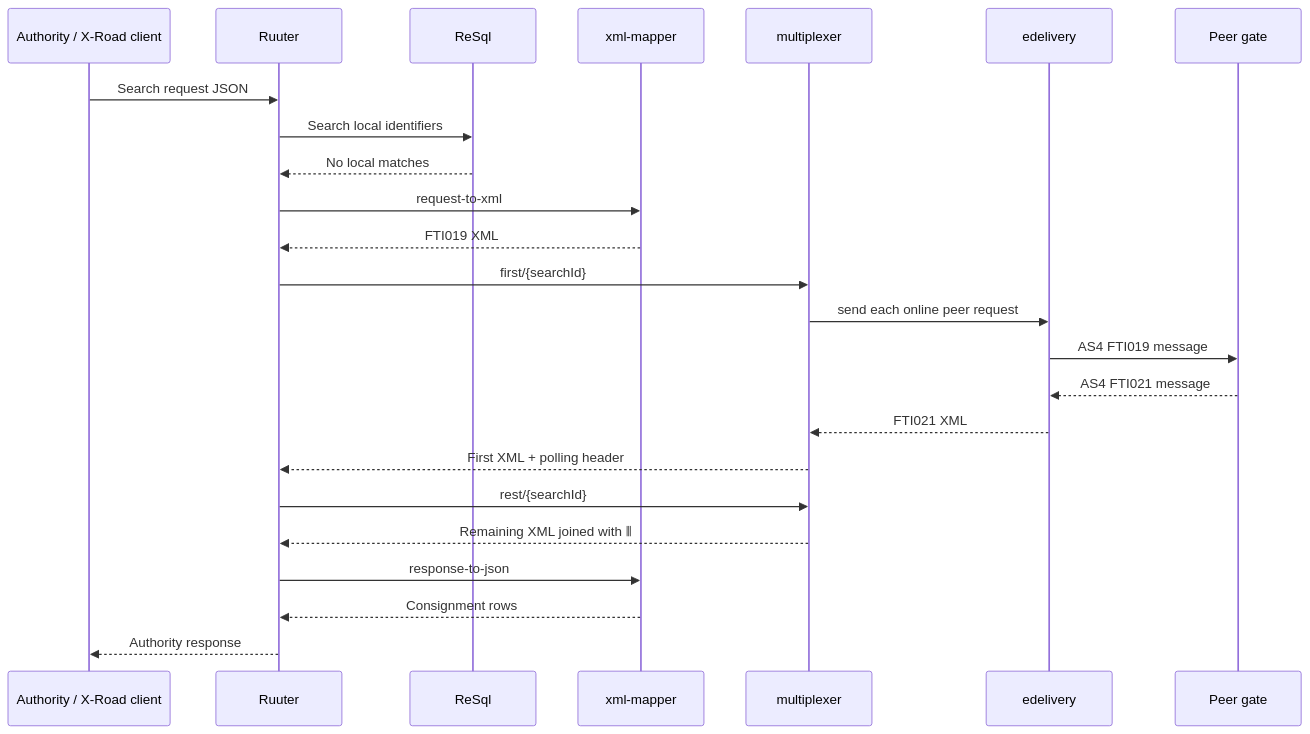
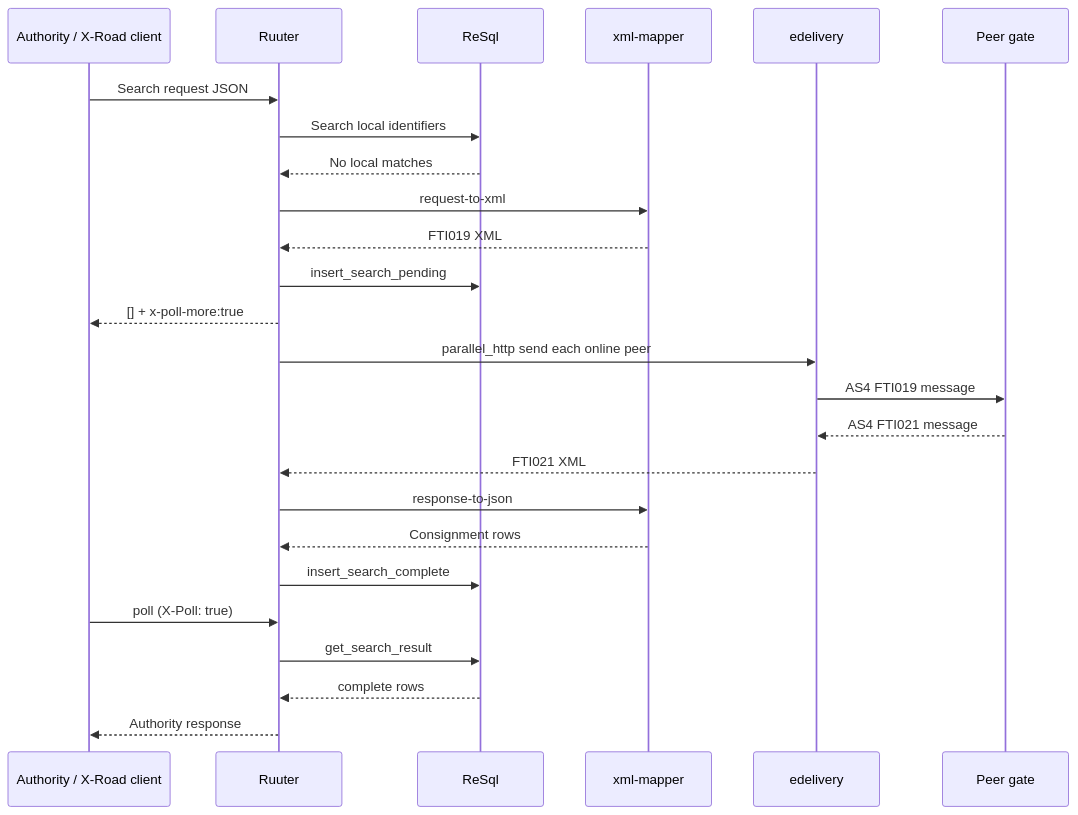
Before and after one commit to kemit-ee/efti-gate-ee: the fifth of 5 diagrams in docs/architecture/integrations/internal-kotlin-services.md, drawn with Mermaid. The commit also changed other lines of this file and 50 other files, not shown here.

````diff
--- a/docs/architecture/integrations/internal-kotlin-services.md
+++ b/docs/architecture/integrations/internal-kotlin-services.md
@@ -209,27 +225,28 @@
 ```mermaid
 sequenceDiagram
     participant A as Authority / X-Road client
     participant R as Ruuter
     participant DB as ReSql
     participant X as xml-mapper
-    participant M as multiplexer
     participant E as edelivery
     participant P as Peer gate
 
     A->>R: Search request JSON
     R->>DB: Search local identifiers
     DB-->>R: No local matches
     R->>X: request-to-xml
     X-->>R: FTI019 XML
-    R->>M: first/{searchId}
-    M->>E: send each online peer request
+    R->>DB: insert_search_pending
+    R-->>A: [] + x-poll-more:true
+    R->>E: parallel_http send each online peer
     E->>P: AS4 FTI019 message
     P-->>E: AS4 FTI021 message
-    E-->>M: FTI021 XML
-    M-->>R: First XML + polling header
-    R->>M: rest/{searchId}
-    M-->>R: Remaining XML joined with ⦀
+    E-->>R: FTI021 XML
     R->>X: response-to-json
     X-->>R: Consignment rows
+    R->>DB: insert_search_complete
+    A->>R: poll (X-Poll: true)
+    R->>DB: get_search_result
+    DB-->>R: complete rows
     R-->>A: Authority response
 ```
````
